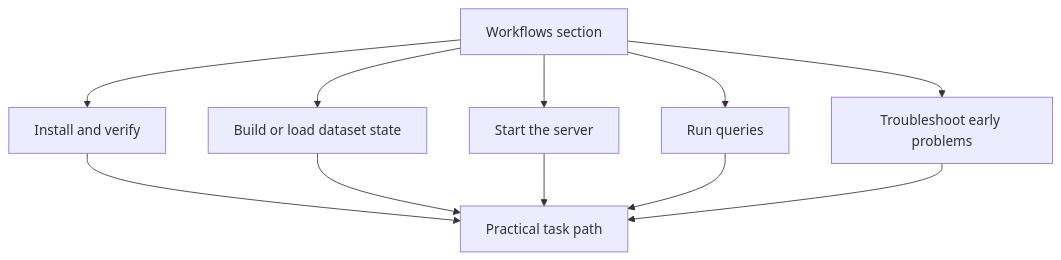
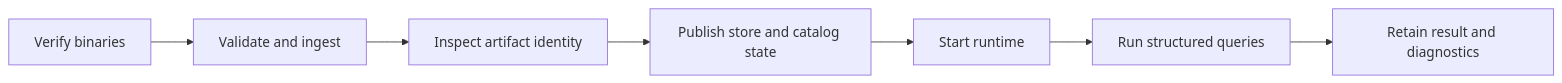
The diagram in docs/bijux-atlas/workflows/index.md (bijux/bijux-atlas), drawn with Mermaid before and after one commit. The commit also changed other lines of this file and 2 other files, not shown here.

Commit message:
docs(product): trace workflows through artifact boundaries

````diff
--- a/docs/bijux-atlas/workflows/index.md
+++ b/docs/bijux-atlas/workflows/index.md
@@ -15,13 +16,9 @@
 ```mermaid
-flowchart TD
-    Workflows[Workflows section] --> Install[Install and verify]
-    Workflows --> Build[Build or load dataset state]
-    Workflows --> Serve[Start the server]
-    Workflows --> Query[Run queries]
-    Workflows --> Troubleshoot[Troubleshoot early problems]
-    Install --> Path[Practical task path]
-    Build --> Path
-    Serve --> Path
-    Query --> Path
-    Troubleshoot --> Path
+flowchart LR
+    Install[Verify binaries] --> Ingest[Validate and ingest]
+    Ingest --> Artifact[Inspect artifact identity]
+    Artifact --> Publish[Publish store and catalog state]
+    Publish --> Serve[Start runtime]
+    Serve --> Query[Run structured queries]
+    Query --> Observe[Retain result and diagnostics]
 ```
````
